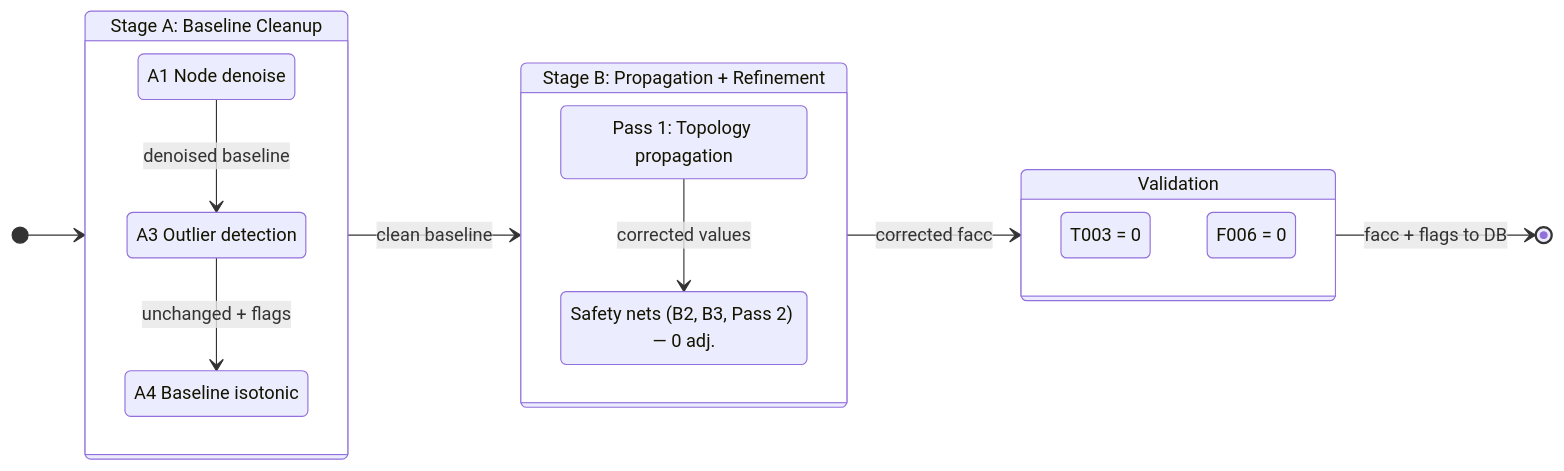
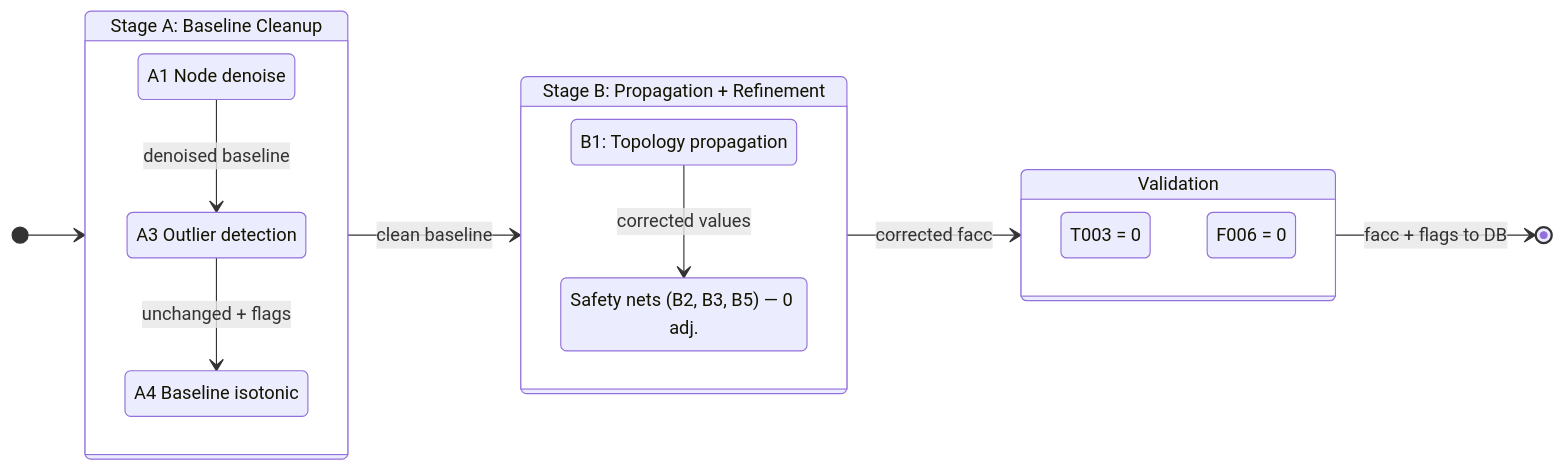
Before and after one commit to SWORD-Global/SWORD: the diagram in docs/technical/facc_correction_methodology.md, drawn with Mermaid. The commit also changed other lines of this file and 1 other file, not shown here.

````diff
--- a/docs/technical/facc_correction_methodology.md
+++ b/docs/technical/facc_correction_methodology.md
@@ -79,31 +79,31 @@
 ```mermaid
 stateDiagram-v2
     direction LR
 
     [*] --> StageA
 
     state "Stage A: Baseline Cleanup" as StageA {
         state "A1 Node denoise" as A1
         state "A3 Outlier detection" as A3
         state "A4 Baseline isotonic" as A4
 
         A1 --> A3 : denoised baseline
         A3 --> A4 : unchanged + flags
     }
 
     state "Stage B: Propagation + Refinement" as StageB {
-        state "Pass 1: Topology propagation" as P1
-        state "Safety nets (B2, B3, Pass 2) — 0 adj." as SN
+        state "B1: Topology propagation" as P1
+        state "Safety nets (B2, B3, B5) — 0 adj." as SN
 
         P1 --> SN : corrected values
     }
 
     state "Validation" as Validation {
         state "T003 = 0" as T003check
         state "F006 = 0" as F006check
     }
 
     StageA --> StageB : clean baseline
     StageB --> Validation : corrected facc
     Validation --> [*] : facc + flags to DB
 ```
````
